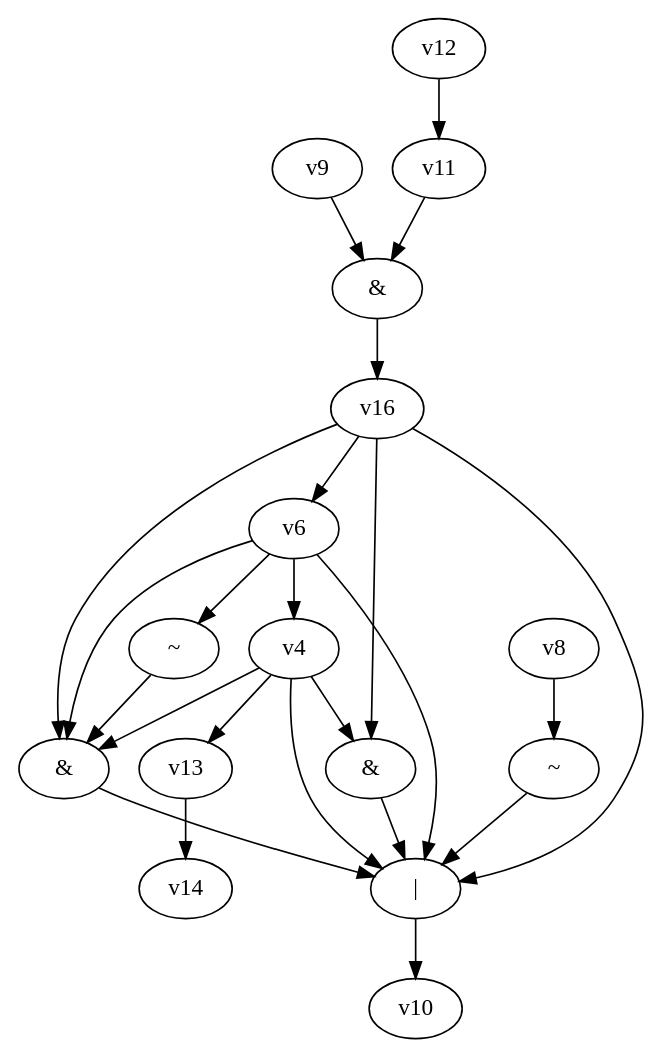
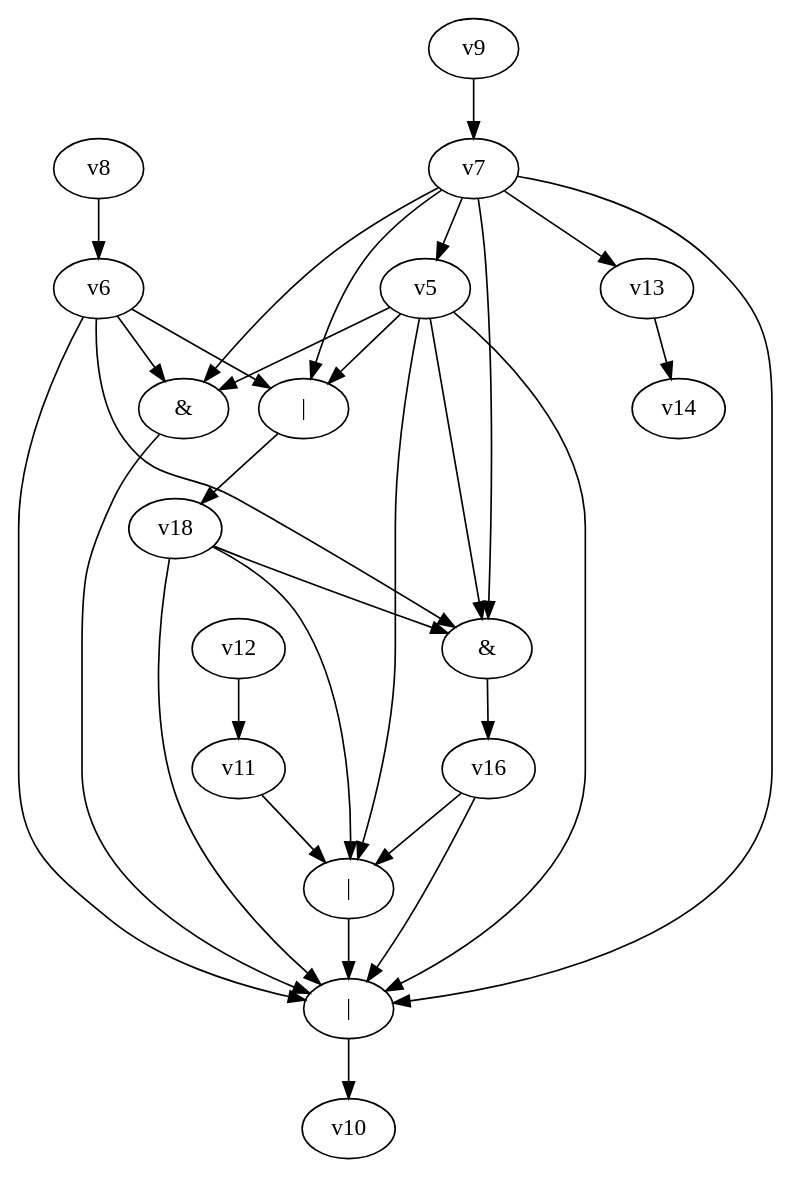
Before and after one commit to yadej/graph_project: the diagram in dot_files/random_bool_circ.dot, drawn with Graphviz. The commit also changed 2 other files, not shown here.

```diff
--- a/dot_files/random_bool_circ.dot
+++ b/dot_files/random_bool_circ.dot
@@ -1,29 +1,34 @@
 digraph G { 
 v0 [label="|"]; 
 v1 [label="&"]; 
-v2 [label="~"]; 
-v3 [label="&"]; 
-v5 [label="~"]; 
+v2 [label="|"]; 
 v15 [label="&"]; 
+v17 [label="|"]; 
 v0 -> v10;
 v1 -> v0;
 v2 -> v0;
-v3 -> v0;
-v4 -> v0;
-v4 -> v1;
-v4 -> v3;
-v4 -> v13 -> v14;
+v5 -> v0;
 v5 -> v1;
+v5 -> v2;
+v5 -> v15 -> v16;
+v5 -> v17 -> v18;
 v6 -> v0;
 v6 -> v1;
-v6 -> v4;
-v6 -> v5;
-v8 -> v2;
-v9 -> v15 -> v16;
-v11 -> v15;
+v6 -> v15;
+v6 -> v17;
+v7 -> v0;
+v7 -> v1;
+v7 -> v5;
+v7 -> v13 -> v14;
+v7 -> v15;
+v7 -> v17;
+v8 -> v6;
+v9 -> v7;
+v11 -> v2;
 v12 -> v11;
 v16 -> v0;
-v16 -> v1;
-v16 -> v3;
-v16 -> v6;
+v16 -> v2;
+v18 -> v0;
+v18 -> v2;
+v18 -> v15;
 }
```
